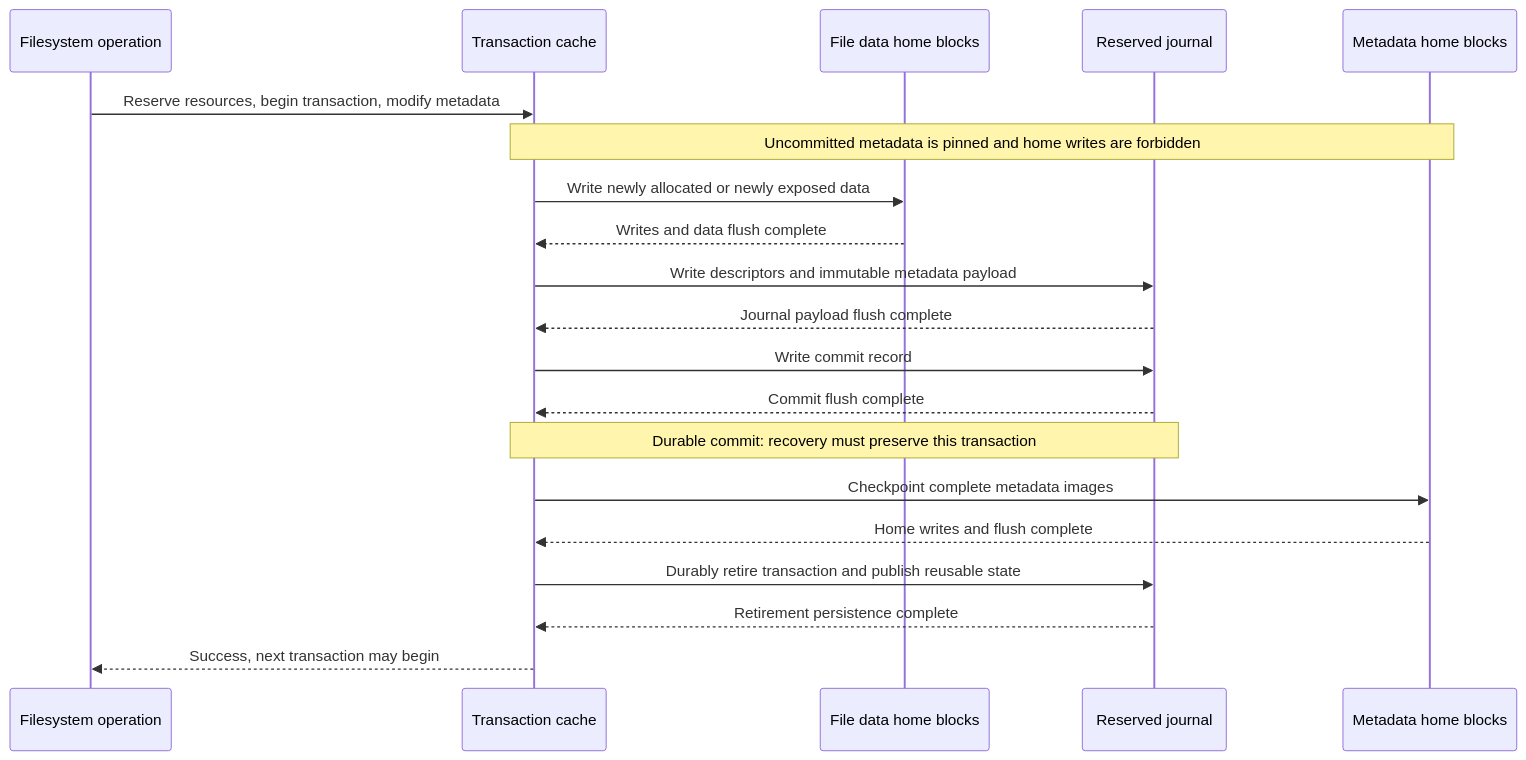
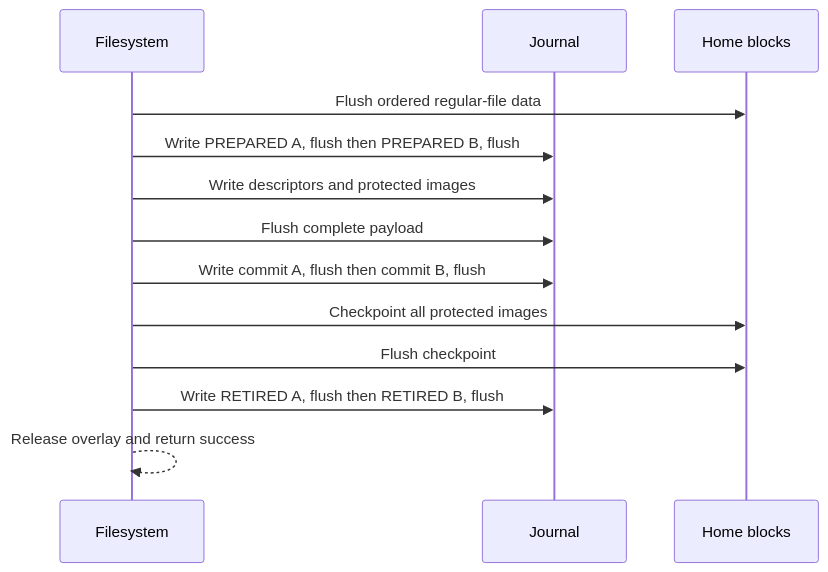
Before and after one commit to nvfuse/nvfuse: the fourth of 6 diagrams in docs/metadata-journaling-design.md, drawn with Mermaid. The commit also changed other lines of this file and 32 other files, not shown here.

````diff
--- a/docs/metadata-journaling-design.md
+++ b/docs/metadata-journaling-design.md
@@ -184,22 +82,15 @@
 ```mermaid
 sequenceDiagram
-    participant API as Filesystem operation
-    participant Cache as Transaction cache
-    participant Data as File data home blocks
-    participant Log as Reserved journal
-    participant Home as Metadata home blocks
-    API->>Cache: Reserve resources, begin transaction, modify metadata
-    Note over Cache,Home: Uncommitted metadata is pinned and home writes are forbidden
-    Cache->>Data: Write newly allocated or newly exposed data
-    Data-->>Cache: Writes and data flush complete
-    Cache->>Log: Write descriptors and immutable metadata payload
-    Log-->>Cache: Journal payload flush complete
-    Cache->>Log: Write commit record
-    Log-->>Cache: Commit flush complete
-    Note over Cache,Log: Durable commit: recovery must preserve this transaction
-    Cache->>Home: Checkpoint complete metadata images
-    Home-->>Cache: Home writes and flush complete
-    Cache->>Log: Durably retire transaction and publish reusable state
-    Log-->>Cache: Retirement persistence complete
-    Cache-->>API: Success, next transaction may begin
+    participant FS as Filesystem
+    participant LOG as Journal
+    participant HOME as Home blocks
+    FS->>HOME: Flush ordered regular-file data
+    FS->>LOG: Write PREPARED A, flush then PREPARED B, flush
+    FS->>LOG: Write descriptors and protected images
+    FS->>LOG: Flush complete payload
+    FS->>LOG: Write commit A, flush then commit B, flush
+    FS->>HOME: Checkpoint all protected images
+    FS->>HOME: Flush checkpoint
+    FS->>LOG: Write RETIRED A, flush then RETIRED B, flush
+    FS-->>FS: Release overlay and return success
 ```
````
